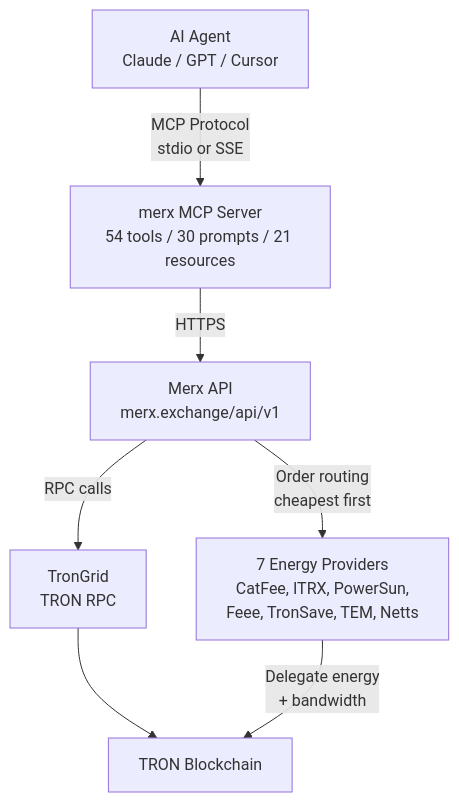
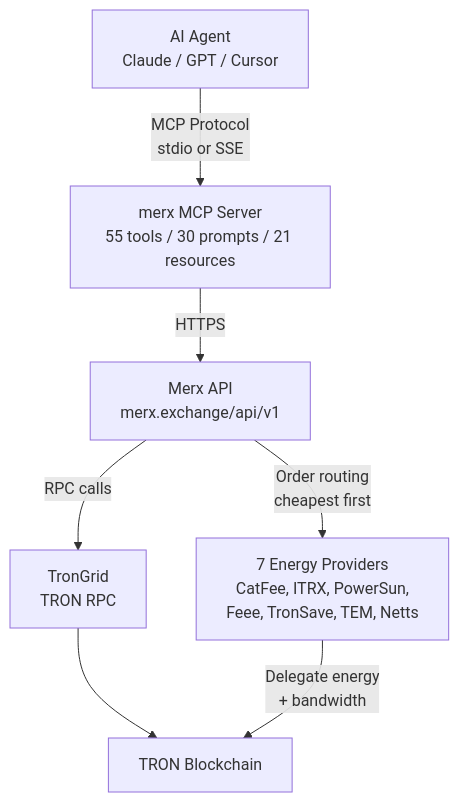
Before and after one commit to nicosmall503/merx-mcp: the first of 3 diagrams in docs/ARCHITECTURE.md, drawn with Mermaid. The commit also changed other lines of this file and 6 other files, not shown here.

````diff
--- a/docs/ARCHITECTURE.md
+++ b/docs/ARCHITECTURE.md
@@ -10,16 +10,16 @@
 ```mermaid
 graph TB
     Agent[AI Agent<br>Claude / GPT / Cursor]
-    MCP[merx MCP Server<br>54 tools / 30 prompts / 21 resources]
+    MCP[merx MCP Server<br>55 tools / 30 prompts / 21 resources]
     API[Merx API<br>merx.exchange/api/v1]
     TG[TronGrid<br>TRON RPC]
     Providers[7 Energy Providers<br>CatFee, ITRX, PowerSun,<br>Feee, TronSave, TEM, Netts]
     TRON[TRON Blockchain]
 
     Agent -->|MCP Protocol<br>stdio or SSE| MCP
     MCP -->|HTTPS| API
     API -->|RPC calls| TG
     API -->|Order routing<br>cheapest first| Providers
     TG --> TRON
     Providers -->|Delegate energy<br>+ bandwidth| TRON
 ```
````
